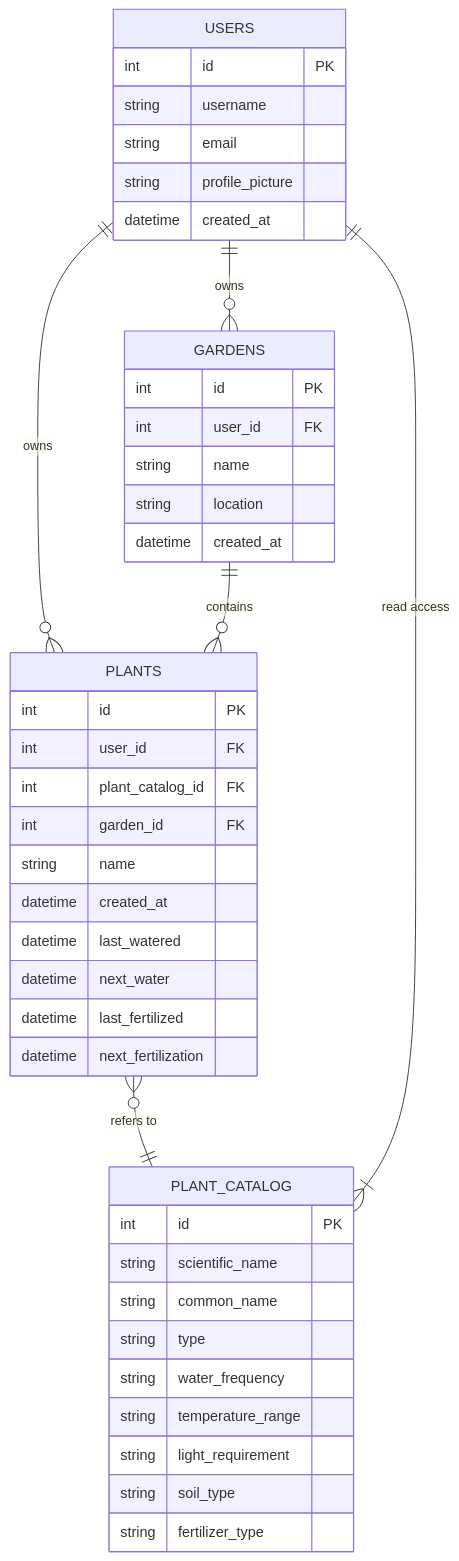
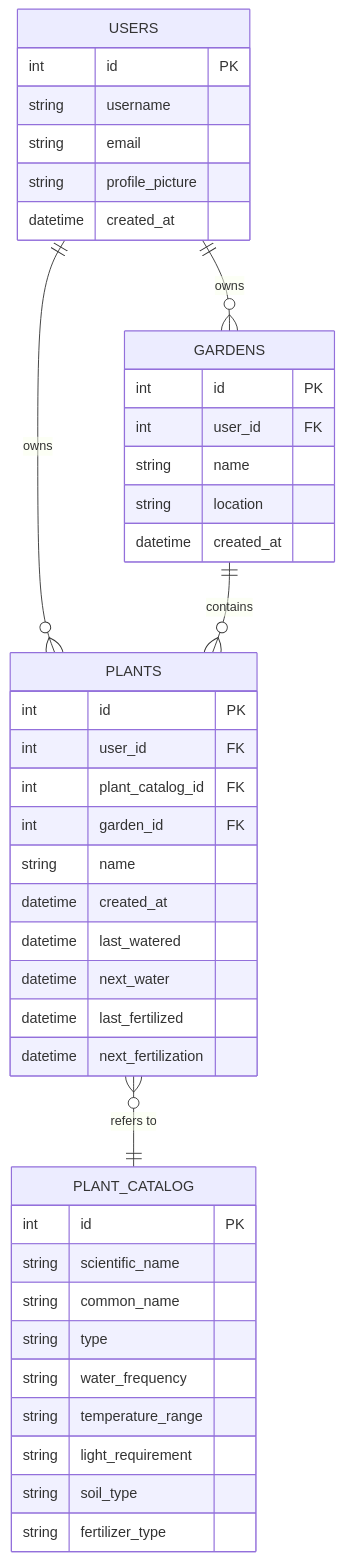
One commit to Green-Fingers-App/gardeningApp changed the diagram in docs/_posts/2024-11-14-database.md. Above: the diagram before and after it, drawn with Mermaid. The commit also changed other lines of this file and 1 other file, not shown here.

Commit message:
Added db schema (or tried to)

````diff
--- a/docs/_posts/2024-11-14-database.md
+++ b/docs/_posts/2024-11-14-database.md
@@ -26,47 +8,46 @@
-<div class="mermaid">
+```mermaid
 erDiagram
     USERS {
         int id PK
         string username
         string email
         string profile_picture
         datetime created_at
     }
     PLANT_CATALOG {
         int id PK
         string scientific_name
         string common_name
         string type
         string water_frequency
         string temperature_range
         string light_requirement
         string soil_type
         string fertilizer_type
     }
     PLANTS {
         int id PK
         int user_id FK
         int plant_catalog_id FK
         int garden_id FK
         string name
         datetime created_at
         datetime last_watered
         datetime next_water
         datetime last_fertilized
         datetime next_fertilization
     }
     GARDENS {
         int id PK
         int user_id FK
         string name
         string location
         datetime created_at
     }
 
     %% Relationships
     USERS ||--o{ PLANTS : "owns"
     USERS ||--o{ GARDENS : "owns"
     PLANTS }o--|| PLANT_CATALOG : "refers to"
     GARDENS ||--o{ PLANTS : "contains"
-    USERS ||--|{ PLANT_CATALOG : "read access"
-</div>
+```
````
